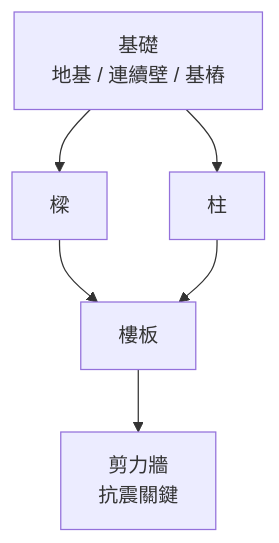
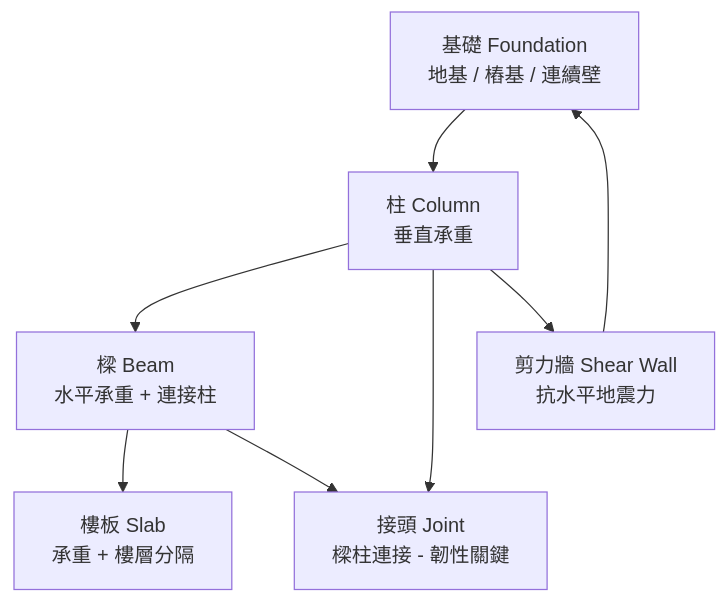
The sixth of 13 diagrams in src/admin/chair-primer.md (culturalcity/culturalcity.github.io), drawn with Mermaid before and after one commit. The commit also changed other lines of this file, not shown here.

````diff
--- a/src/admin/chair-primer.md
+++ b/src/admin/chair-primer.md
@@ -444,8 +562,17 @@
 ```mermaid
 flowchart TD
-  F[基礎<br/>地基 / 連續壁 / 基樁] --> B[樑]
-  F --> C[柱]
-  B --> S[樓板]
-  C --> S
-  S --> SW[剪力牆<br/>抗震關鍵]
+  F[基礎 Foundation<br/>地基 / 樁基 / 連續壁]
+  C[柱 Column<br/>垂直承重]
+  B[樑 Beam<br/>水平承重 + 連接柱]
+  S[樓板 Slab<br/>承重 + 樓層分隔]
+  SW[剪力牆 Shear Wall<br/>抗水平地震力]
+  J[接頭 Joint<br/>樑柱連接 - 韌性關鍵]
+
+  F --> C
+  C --> B
+  B --> S
+  C --> J
+  B --> J
+  C --> SW
+  SW --> F
 ```
````
